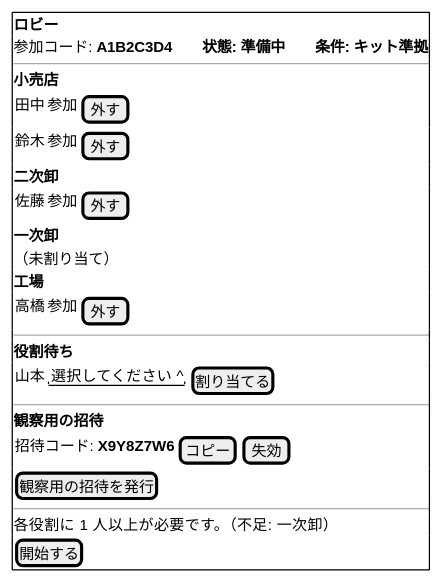
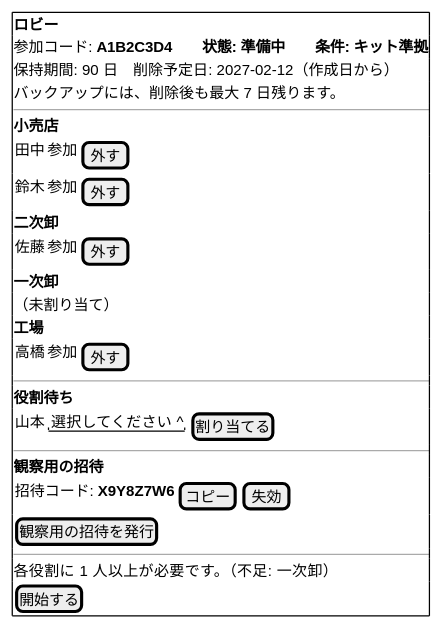
One commit to k2works/case-study-beer-game-simulation changed the third of 15 diagrams in docs/design/beer-game-kotlin/ui-design.md. Above: the diagram before and after it, drawn with PlantUML. The commit also changed other lines of this file and 10 other files, not shown here.

````diff
--- a/docs/design/beer-game-kotlin/ui-design.md
+++ b/docs/design/beer-game-kotlin/ui-design.md
@@ -176,28 +180,30 @@
 ```plantuml
 @startsalt
 {+
   <b>ロビー
   参加コード: <b>A1B2C3D4　　状態: 準備中　　条件: キット準拠
+  保持期間: 90 日　削除予定日: 2027-02-12（作成日から）
+  バックアップには、削除後も最大 7 日残ります。
   ---
   <b>小売店
   { 田中 | 参加 | [ 外す ] }
   { 鈴木 | 参加 | [ 外す ] }
   <b>二次卸
   { 佐藤 | 参加 | [ 外す ] }
   <b>一次卸
   （未割り当て）
   <b>工場
   { 高橋 | 参加 | [ 外す ] }
   ---
   <b>役割待ち
   { 山本 | "選択してください ^" | [ 割り当てる ] }
   ---
   <b>観察用の招待
   { 招待コード: <b>X9Y8Z7W6 | [ コピー ] | [ 失効 ] }
   [ 観察用の招待を発行 ]
   ---
   各役割に 1 人以上が必要です。（不足: 一次卸）
   [ 開始する ]
 }
 @endsalt
 ```
````
